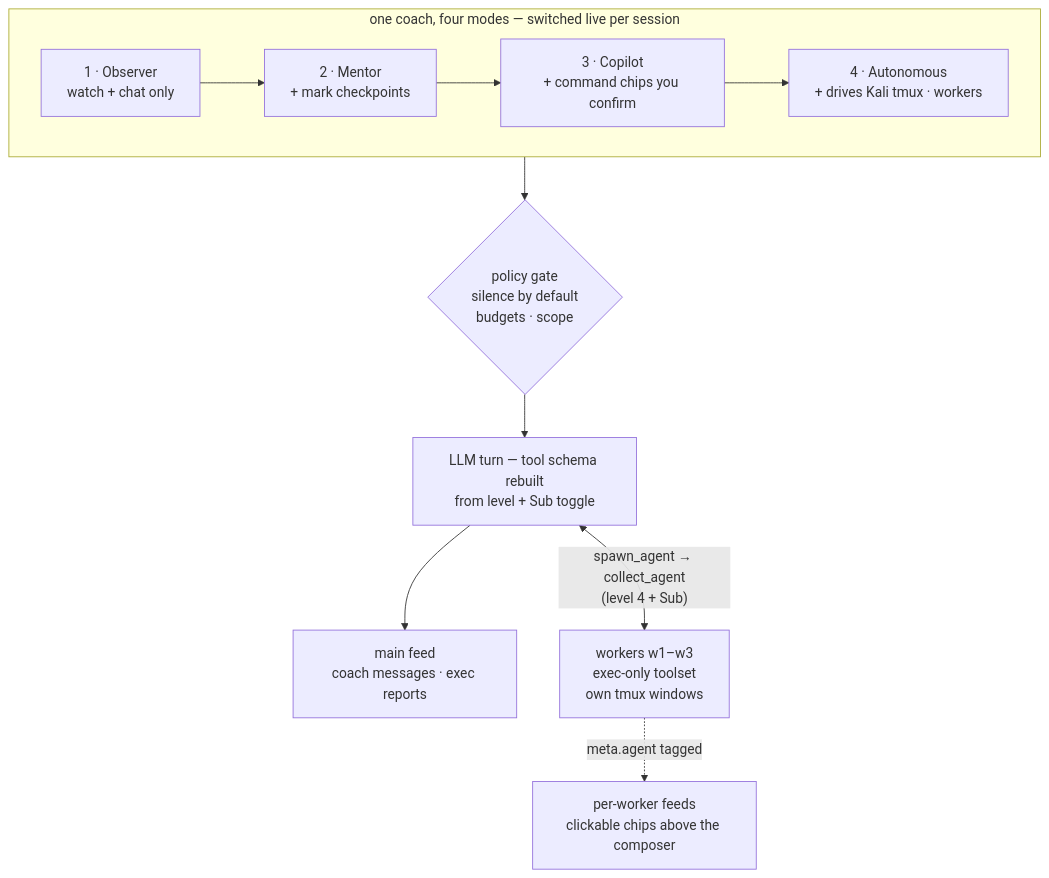
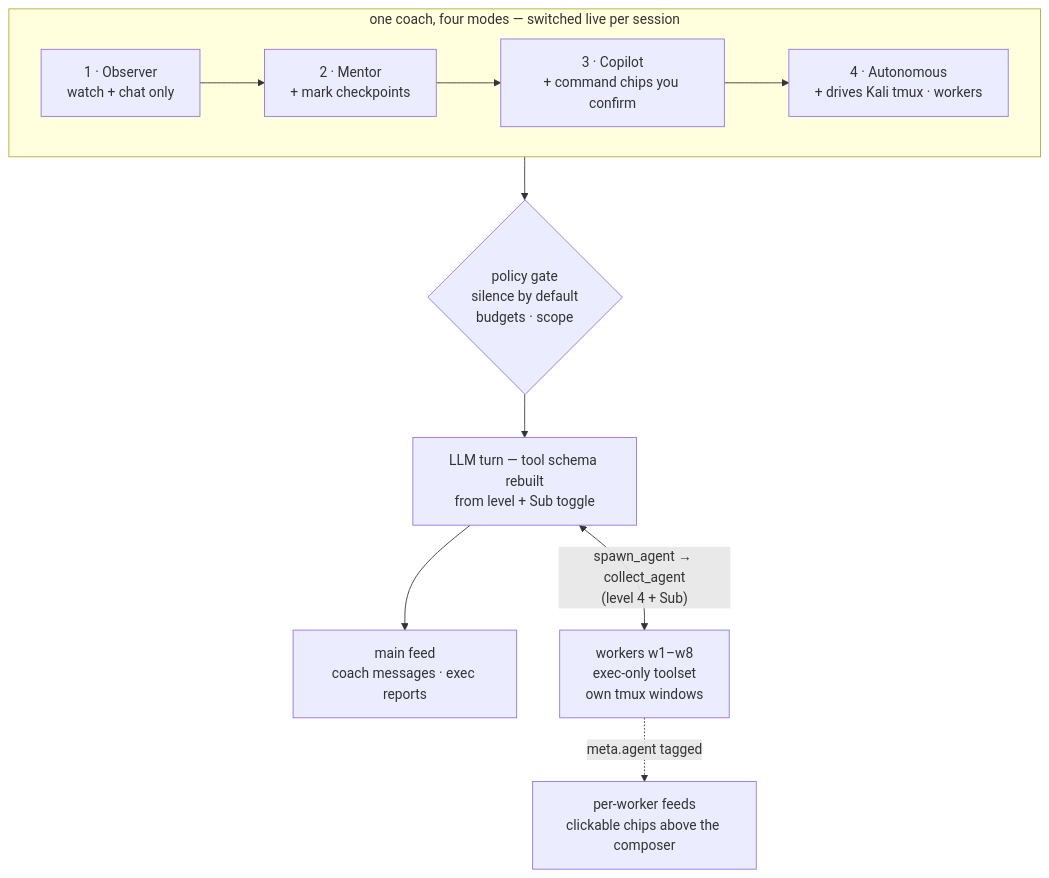
Before and after one commit to maxk2222/pentrAIn: the first of 2 diagrams in README.md, drawn with Mermaid. The commit also changed other lines of this file and 9 other files, not shown here.

````diff
--- a/README.md
+++ b/README.md
@@ -112,14 +113,14 @@
 ```mermaid
 flowchart TB
     subgraph MODE["one coach, four modes — switched live per session"]
         direction LR
         A["1 · Observer<br/>watch + chat only"] --> B["2 · Mentor<br/>+ mark checkpoints"]
         B --> C["3 · Copilot<br/>+ command chips you confirm"]
         C --> D["4 · Autonomous<br/>+ drives Kali tmux · workers"]
     end
     MODE --> GATE{"policy gate<br/>silence by default<br/>budgets · scope"}
     GATE --> LLM["LLM turn — tool schema rebuilt<br/>from level + Sub toggle"]
     LLM --> MAIN["main feed<br/>coach messages · exec reports"]
-    LLM <-->|"spawn_agent → collect_agent<br/>(level 4 + Sub)"| W["workers w1–w3<br/>exec-only toolset<br/>own tmux windows"]
+    LLM <-->|"spawn_agent → collect_agent<br/>(level 4 + Sub)"| W["workers w1–w8<br/>exec-only toolset<br/>own tmux windows"]
     W -.->|"meta.agent tagged"| FEED["per-worker feeds<br/>clickable chips above the composer"]
 ```
````
